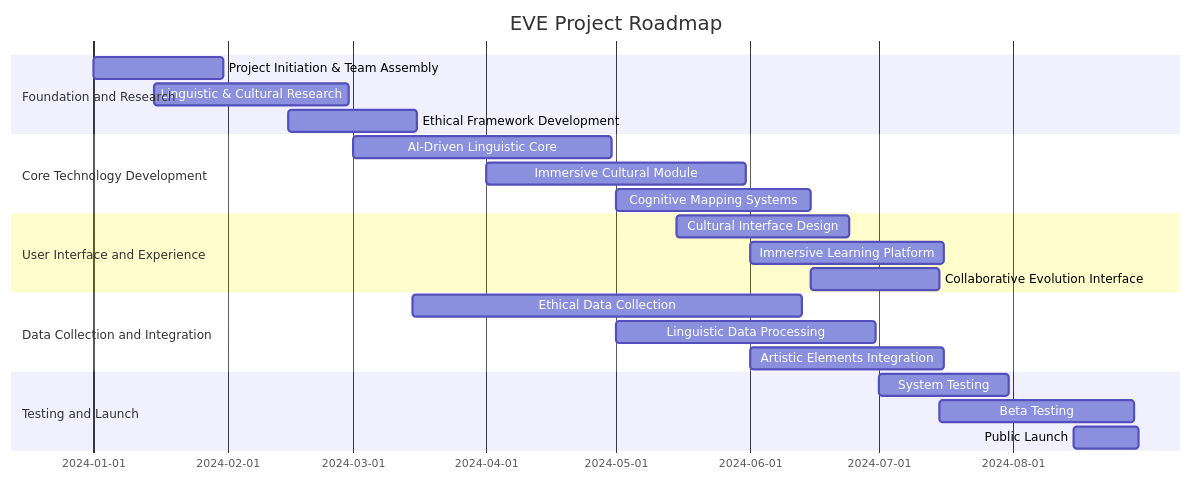
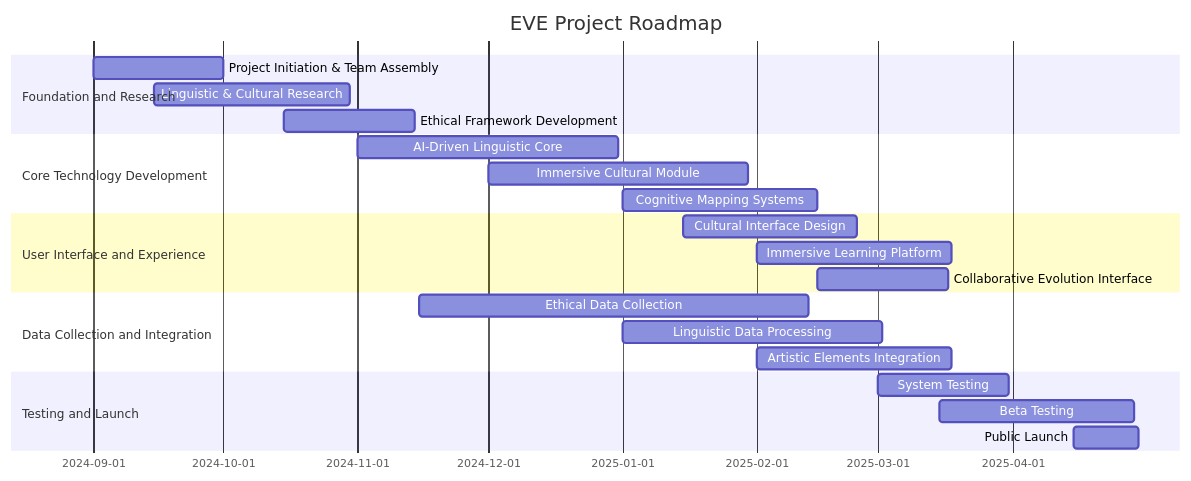
Before and after one commit to Git-Fg/Eve_Project: the diagram in GanttChart.md, drawn with Mermaid. The commit also changed other lines of this file, not shown here.

````diff
--- a/GanttChart.md
+++ b/GanttChart.md
@@ -1,25 +3,25 @@
 ```mermaid
 gantt
     title EVE Project Roadmap
     dateFormat  YYYY-MM-DD
     section Foundation and Research
-    Project Initiation & Team Assembly: 2024-01-01, 30d
-    Linguistic & Cultural Research: 2024-01-15, 45d
-    Ethical Framework Development: 2024-02-15, 30d
+    Project Initiation & Team Assembly: 2024-09-01, 30d
+    Linguistic & Cultural Research: 2024-09-15, 45d
+    Ethical Framework Development: 2024-10-15, 30d
     section Core Technology Development
-    AI-Driven Linguistic Core: 2024-03-01, 60d
-    Immersive Cultural Module: 2024-04-01, 60d
-    Cognitive Mapping Systems: 2024-05-01, 45d
+    AI-Driven Linguistic Core: 2024-11-01, 60d
+    Immersive Cultural Module: 2024-12-01, 60d
+    Cognitive Mapping Systems: 2025-01-01, 45d
     section User Interface and Experience
-    Cultural Interface Design: 2024-05-15, 40d
-    Immersive Learning Platform: 2024-06-01, 45d
-    Collaborative Evolution Interface: 2024-06-15, 30d
+    Cultural Interface Design: 2025-01-15, 40d
+    Immersive Learning Platform: 2025-02-01, 45d
+    Collaborative Evolution Interface: 2025-02-15, 30d
     section Data Collection and Integration
-    Ethical Data Collection: 2024-03-15, 90d
-    Linguistic Data Processing: 2024-05-01, 60d
-    Artistic Elements Integration: 2024-06-01, 45d
+    Ethical Data Collection: 2024-11-15, 90d
+    Linguistic Data Processing: 2025-01-01, 60d
+    Artistic Elements Integration: 2025-02-01, 45d
     section Testing and Launch
-    System Testing: 2024-07-01, 30d
-    Beta Testing: 2024-07-15, 45d
-    Public Launch: 2024-08-15, 15d
+    System Testing: 2025-03-01, 30d
+    Beta Testing: 2025-03-15, 45d
+    Public Launch: 2025-04-15, 15d
 ```
````
